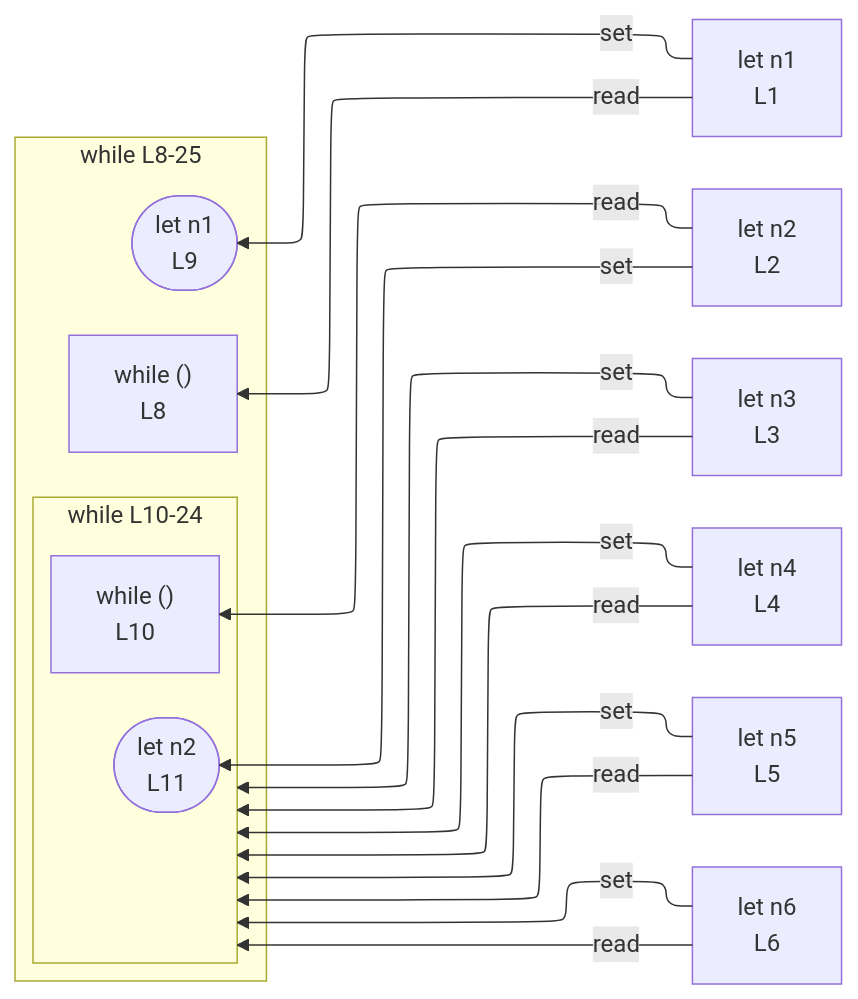
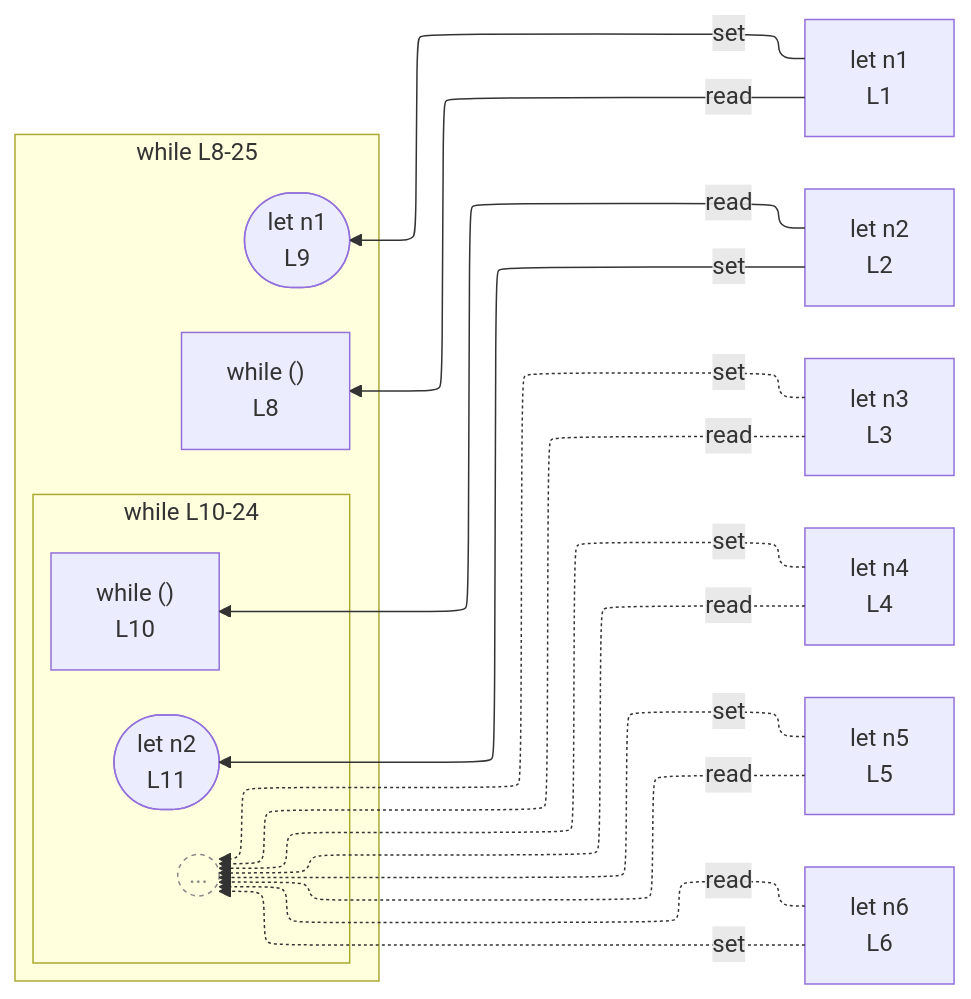
Before and after one commit to crescware/unsnarl: the diagram in integration/fixtures/app-behavior/depth/while/depth-2/preview.md, drawn with Mermaid. The commit also changed 72 other files, not shown here.

First line of the commit message:
Render anonymous collapsed scopes as a BeyondDepth `((...))` stub

````diff
--- a/integration/fixtures/app-behavior/depth/while/depth-2/preview.md
+++ b/integration/fixtures/app-behavior/depth/while/depth-2/preview.md
@@ -35,32 +35,35 @@
 ```mermaid
 %%{init: {"flowchart": {"defaultRenderer": "elk"}}}%%
 flowchart RL
   n_scope_0_n1_4["let n1<br/>L1"]
   n_scope_0_n2_16["let n2<br/>L2"]
   n_scope_0_n3_28["let n3<br/>L3"]
   n_scope_0_n4_40["let n4<br/>L4"]
   n_scope_0_n5_52["let n5<br/>L5"]
   n_scope_0_n6_64["let n6<br/>L6"]
   subgraph s_scope_1["while L8-25"]
     direction RL
     while_test_scope_0_73["while ()<br/>L8"]
     wr_ref_7(["let n1<br/>L9"])
     subgraph s_scope_2["while L10-24"]
       direction RL
       while_test_scope_1_100["while ()<br/>L10"]
       wr_ref_9(["let n2<br/>L11"])
+      beyond_depth_s_scope_2((...))
     end
   end
   n_scope_0_n1_4 -->|set| wr_ref_7
   n_scope_0_n2_16 -->|set| wr_ref_9
-  n_scope_0_n3_28 -->|set| s_scope_2
-  n_scope_0_n4_40 -->|set| s_scope_2
-  n_scope_0_n5_52 -->|set| s_scope_2
-  n_scope_0_n6_64 -->|set| s_scope_2
+  n_scope_0_n3_28 -.->|set| beyond_depth_s_scope_2
+  n_scope_0_n4_40 -.->|set| beyond_depth_s_scope_2
+  n_scope_0_n5_52 -.->|set| beyond_depth_s_scope_2
+  n_scope_0_n6_64 -.->|set| beyond_depth_s_scope_2
   n_scope_0_n1_4 -->|read| while_test_scope_0_73
   n_scope_0_n2_16 -->|read| while_test_scope_1_100
-  n_scope_0_n3_28 -->|read| s_scope_2
-  n_scope_0_n4_40 -->|read| s_scope_2
-  n_scope_0_n5_52 -->|read| s_scope_2
-  n_scope_0_n6_64 -->|read| s_scope_2
+  n_scope_0_n3_28 -.->|read| beyond_depth_s_scope_2
+  n_scope_0_n4_40 -.->|read| beyond_depth_s_scope_2
+  n_scope_0_n5_52 -.->|read| beyond_depth_s_scope_2
+  n_scope_0_n6_64 -.->|read| beyond_depth_s_scope_2
+  classDef boundaryStub fill:transparent,stroke:#888,stroke-dasharray:3 3,color:#888;
+  class beyond_depth_s_scope_2 boundaryStub;
 ```
````
